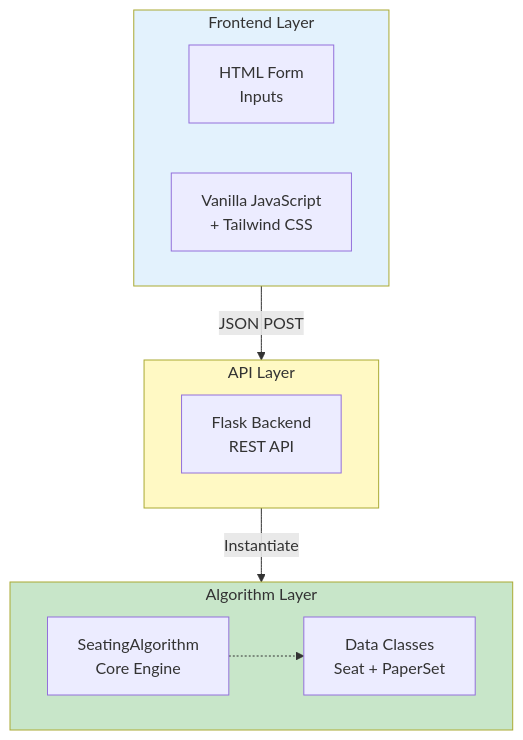
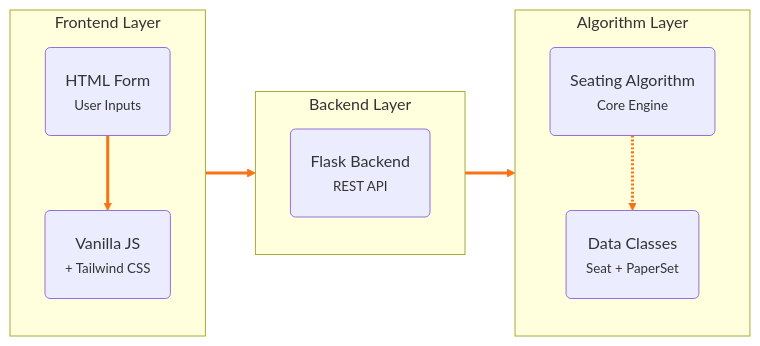
One commit to Harshit7623/seat-allocation-sys changed the diagram in Frontend/docs/docs/algorithm-documentation.md. Above: the diagram before and after it, drawn with Mermaid. The commit also changed other lines of this file and 7 other files, not shown here.

````diff
--- a/Frontend/docs/docs/algorithm-documentation.md
+++ b/Frontend/docs/docs/algorithm-documentation.md
@@ -32,24 +32,45 @@
 ```mermaid
-graph TB
-    subgraph Frontend["Frontend Layer"]
-        HTML["HTML Form<br/>Inputs"]
-        JS["Vanilla JavaScript<br/>+ Tailwind CSS"]
+flowchart LR
+    %%{init: {'themeVariables': { 'fontSize': '16px', 'fontFamily': 'system-ui' }, 'flowchart': {'padding': 20, 'nodeSpacing': 50, 'rankSpacing': 50}}}%%
+    
+    %% Frontend Layer
+    subgraph FE [Frontend Layer]
+        direction TB
+        HTML(HTML Form<br><small>User Inputs</small>)
+        JS(Vanilla JS<br><small>+ Tailwind CSS</small>)
     end
+
+    %% Backend Layer
+    subgraph BE [Backend Layer]
+        direction TB
+        Flask(Flask Backend<br><small>REST API</small>)
+    end
+
+    %% Algorithm Layer (Now in line)
+    subgraph ALGO [Algorithm Layer]
+        direction TB
+        Core(Seating Algorithm<br><small>Core Engine</small>)
+        Classes(Data Classes<br><small>Seat + PaperSet</small>)
+    end
+
+    %% Key Structural Links (Left -> Right)
+    JS --> Flask
+    Flask --> Core
+
+    %% Internal Flow
+    HTML --> JS
+    Core -.-> Classes
+
+    %% Styling
+    linkStyle default stroke:#f97316,stroke-width:3px,fill:none;
+
+    %% Node Classes
+    class HTML,JS clientNode
+    class Flask serverNode
+    class Core,Classes coreNode
     
-    subgraph API["API Layer"]
-        Flask["Flask Backend<br/>REST API"]
-    end
-    
-    subgraph Algorithm["Algorithm Layer"]
-        Core["SeatingAlgorithm<br/>Core Engine"]
-        Classes["Data Classes<br/>Seat + PaperSet"]
-    end
-    
-    Frontend -->|JSON POST| API
-    API -->|Instantiate| Algorithm
-    Core -.-> Classes
-    
-    style Frontend fill:#e3f2fd
-    style API fill:#fff9c4
-    style Algorithm fill:#c8e6c9
+    %% Layer Classes
+    class FE feNode
+    class BE beNode
+    class ALGO algoNode
 ```
````
